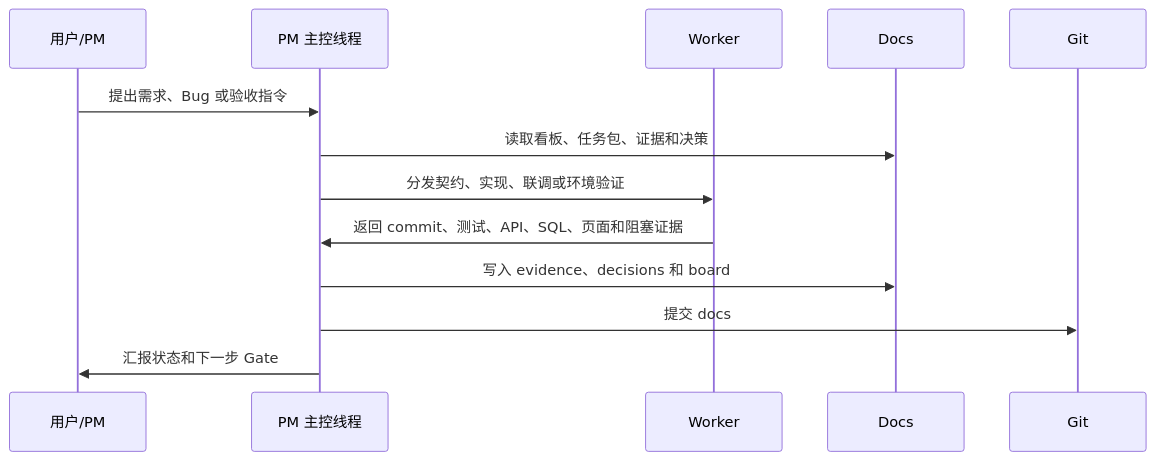
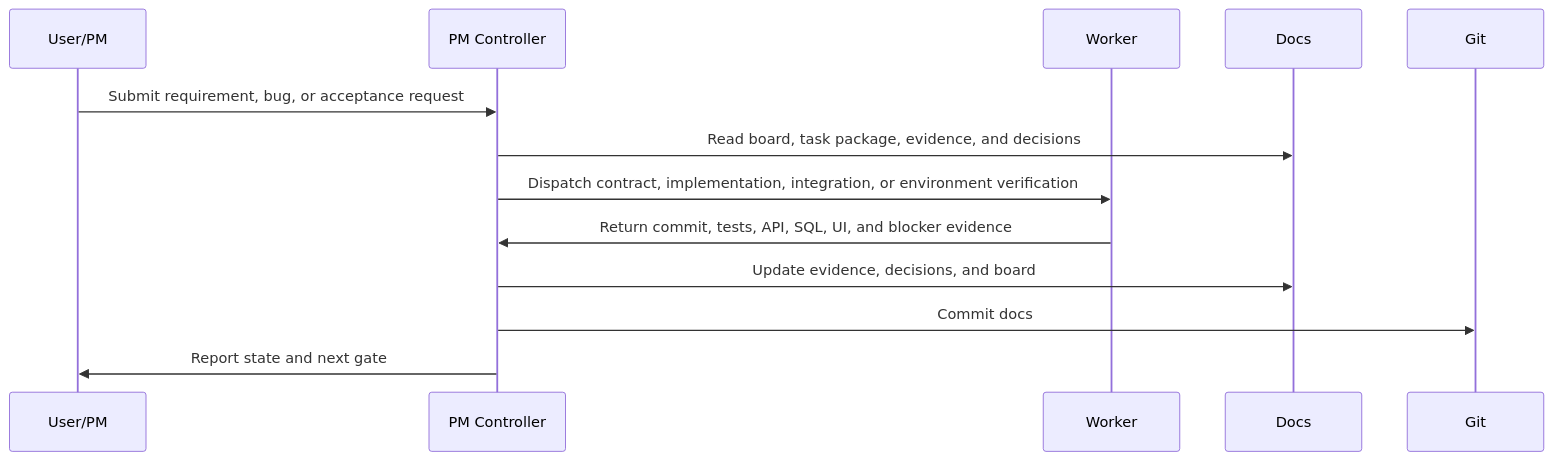
The fourth of 4 diagrams in README.md (wz-gis/pm-dispatch-development), drawn with Mermaid before and after one commit. The commit also changed other lines of this file, not shown here.

````diff
--- a/README.md
+++ b/README.md
@@ -696,16 +712,16 @@
 ```mermaid
 sequenceDiagram
-    participant User as 用户/PM
-    participant PM as PM 主控线程
+    participant User as User/PM
+    participant PM as PM Controller
     participant W as Worker
     participant Docs as Docs
     participant Git as Git
 
-    User->>PM: 提出需求、Bug 或验收指令
-    PM->>Docs: 读取看板、任务包、证据和决策
-    PM->>W: 分发契约、实现、联调或环境验证
-    W->>PM: 返回 commit、测试、API、SQL、页面和阻塞证据
-    PM->>Docs: 写入 evidence、decisions 和 board
-    PM->>Git: 提交 docs
-    PM->>User: 汇报状态和下一步 Gate
+    User->>PM: Submit requirement, bug, or acceptance request
+    PM->>Docs: Read board, task package, evidence, and decisions
+    PM->>W: Dispatch contract, implementation, integration, or environment verification
+    W->>PM: Return commit, tests, API, SQL, UI, and blocker evidence
+    PM->>Docs: Update evidence, decisions, and board
+    PM->>Git: Commit docs
+    PM->>User: Report state and next gate
 ```
````
